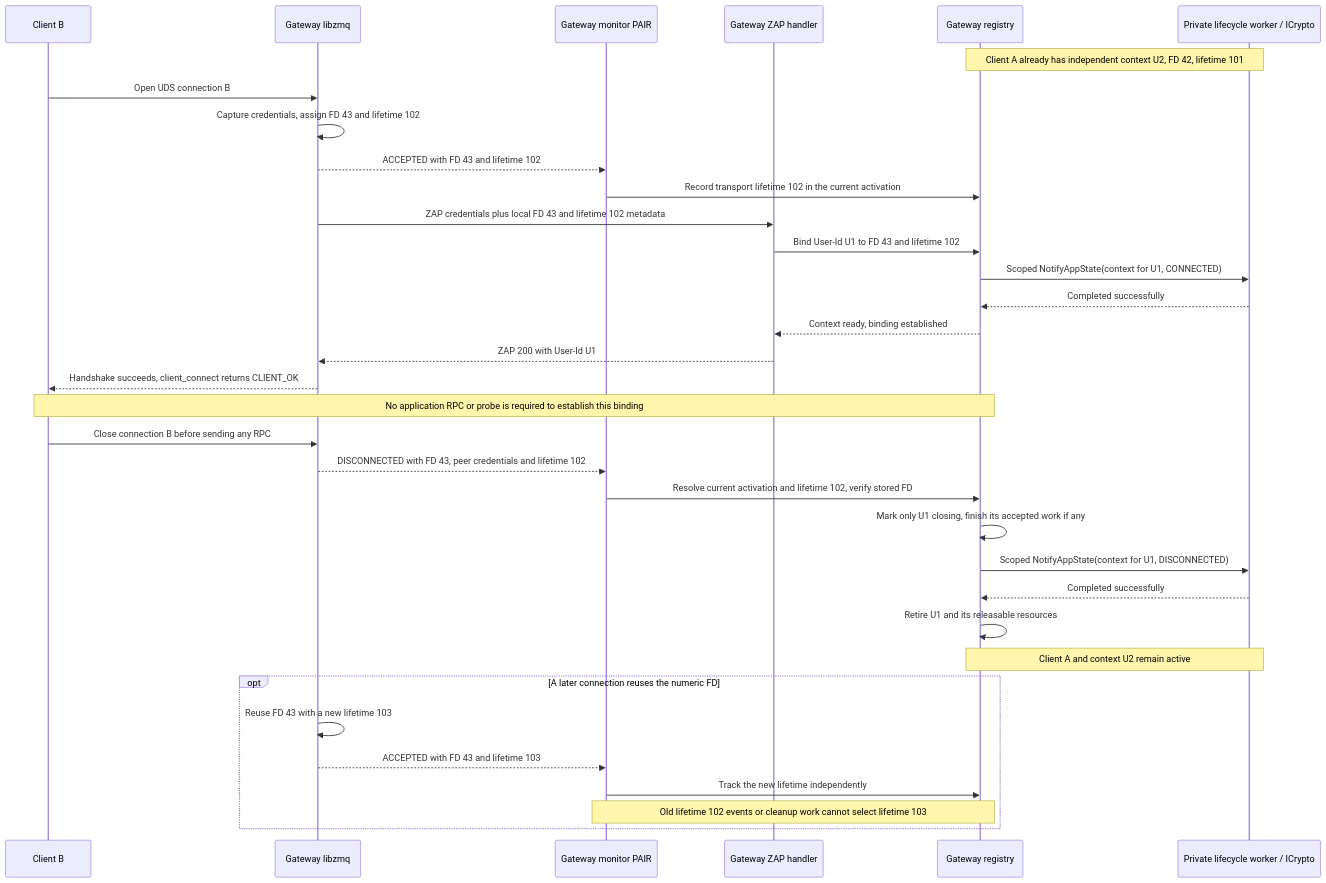
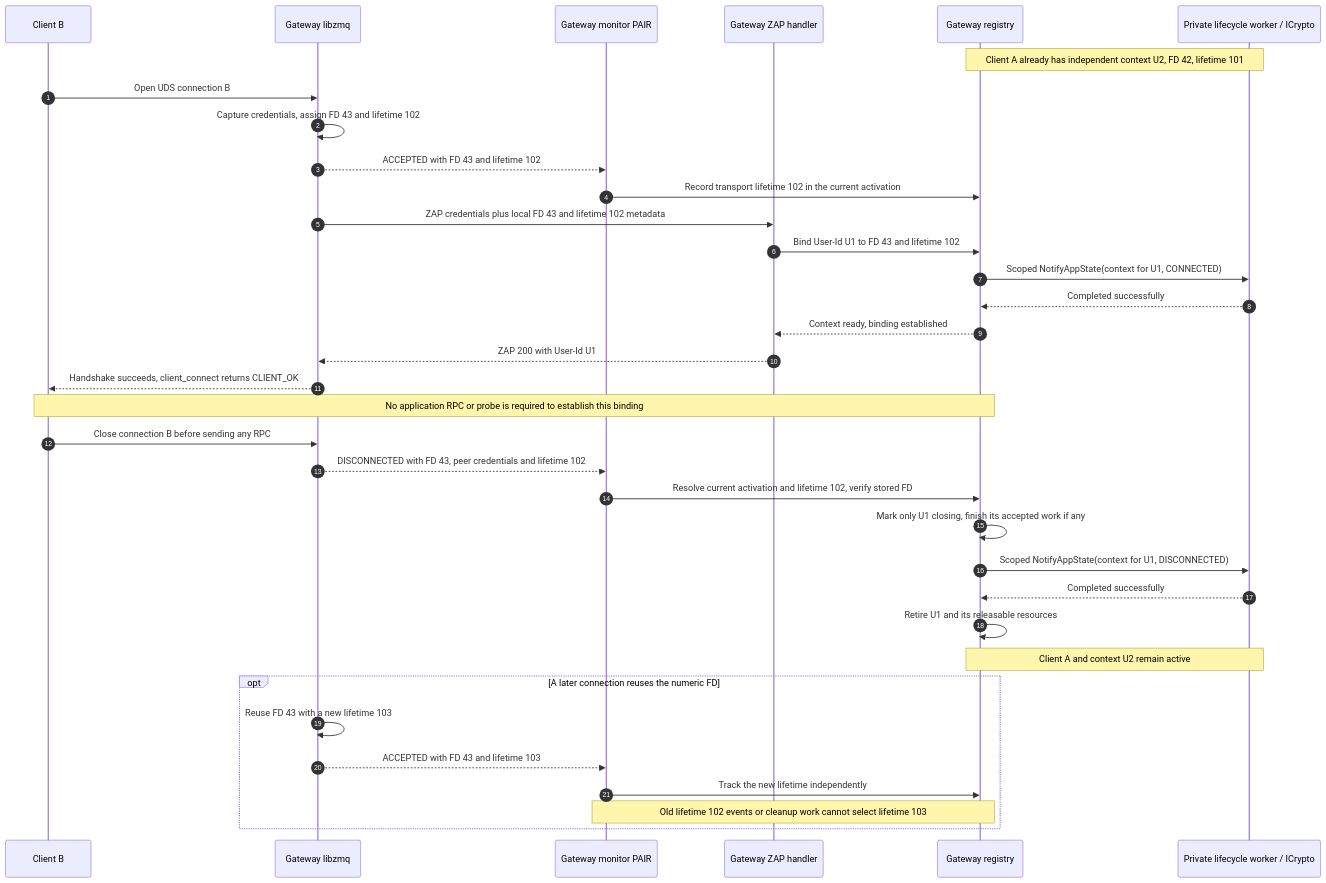
Diagram 13 of 19 in doc/EyilGateway.md (rdkcentral/eyil-secure-gateway), drawn with Mermaid before and after one commit. The commit also changed other lines of this file and 1 other file, not shown here.

Commit message:
RDKEMW-27976: Fix UML charts

````diff
--- a/doc/EyilGateway.md
+++ b/doc/EyilGateway.md
@@ -2045,36 +1881,37 @@
 ```mermaid
 sequenceDiagram
+    autonumber
     participant B as Client B
     participant T as Gateway libzmq
     participant M as Gateway monitor PAIR
     participant Z as Gateway ZAP handler
     participant R as Gateway registry
     participant C as Private lifecycle worker / ICrypto
     Note over R,C: Client A already has independent context U2, FD 42, lifetime 101
     B->>T: Open UDS connection B
     T->>T: Capture credentials, assign FD 43 and lifetime 102
     T-->>M: ACCEPTED with FD 43 and lifetime 102
     M->>R: Record transport lifetime 102 in the current activation
     T->>Z: ZAP credentials plus local FD 43 and lifetime 102 metadata
     Z->>R: Bind User-Id U1 to FD 43 and lifetime 102
     R->>C: Scoped NotifyAppState(context for U1, CONNECTED)
     C-->>R: Completed successfully
     R-->>Z: Context ready, binding established
     Z-->>T: ZAP 200 with User-Id U1
     T-->>B: Handshake succeeds, client_connect returns CLIENT_OK
     Note over B,R: No application RPC or probe is required to establish this binding
     B->>T: Close connection B before sending any RPC
     T-->>M: DISCONNECTED with FD 43, peer credentials and lifetime 102
     M->>R: Resolve current activation and lifetime 102, verify stored FD
     R->>R: Mark only U1 closing, finish its accepted work if any
     R->>C: Scoped NotifyAppState(context for U1, DISCONNECTED)
     C-->>R: Completed successfully
     R->>R: Retire U1 and its releasable resources
     Note over R,C: Client A and context U2 remain active
     opt A later connection reuses the numeric FD
         T->>T: Reuse FD 43 with a new lifetime 103
         T-->>M: ACCEPTED with FD 43 and lifetime 103
         M->>R: Track the new lifetime independently
         Note over M,R: Old lifetime 102 events or cleanup work cannot select lifetime 103
     end
 ```
````
